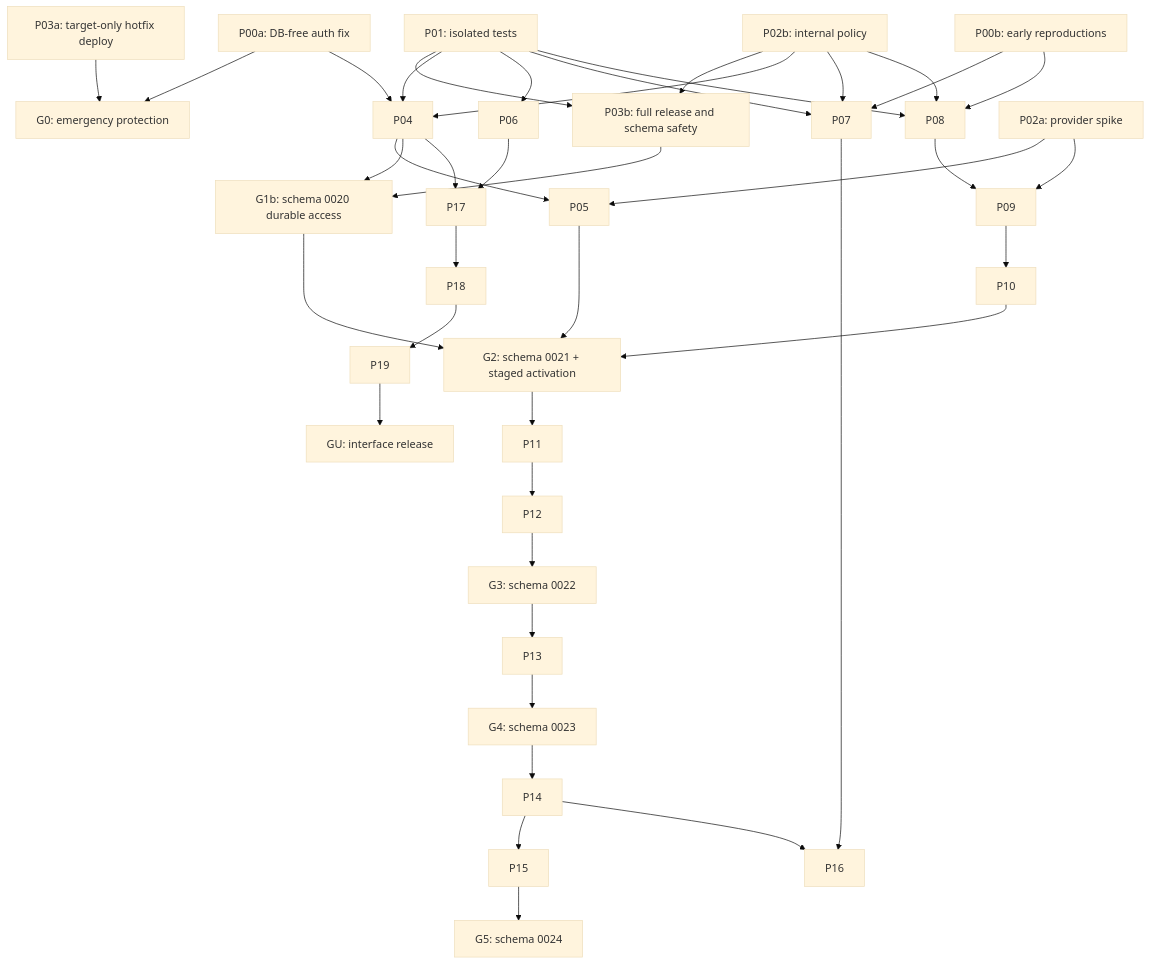
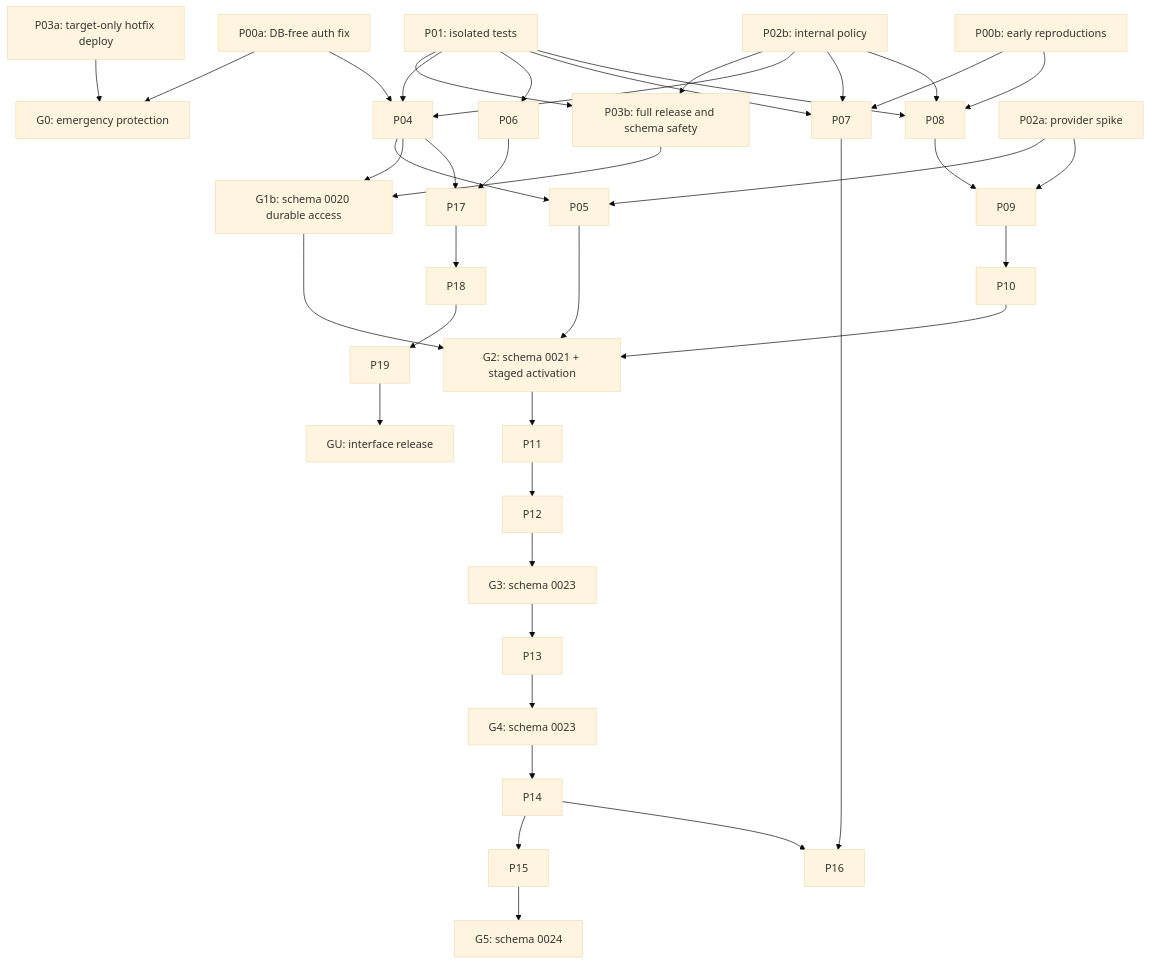
Before and after one commit to Shivani862000/AI-Call-Agent: the diagram in claude-docs/2026-09-08-APPLICATION_GAP_REMEDIATION_PLAN.md, drawn with Mermaid (base theme). The commit also changed other lines of this file and 6 other files, not shown here.

````diff
--- a/claude-docs/2026-09-08-APPLICATION_GAP_REMEDIATION_PLAN.md
+++ b/claude-docs/2026-09-08-APPLICATION_GAP_REMEDIATION_PLAN.md
@@ -150,35 +150,35 @@
 ```mermaid
 flowchart TD
   P00a["P00a: DB-free auth fix"] --> G0["G0: emergency protection"]
   P03a["P03a: target-only hotfix deploy"] --> G0
   P00b["P00b: early reproductions"] --> P07
   P00b --> P08
   P01["P01: isolated tests"] --> P03b["P03b: full release and schema safety"]
   P02b["P02b: internal policy"] --> P03b
   P00a --> P04
   P01 --> P04
   P02b --> P04
   P01 --> P06
   P01 --> P07
   P02b --> P07
   P01 --> P08
   P02b --> P08
   P02a["P02a: provider spike"] --> P05
   P04 --> P05
   P08 --> P09
   P02a --> P09
   P09 --> P10
   P03b --> G1b["G1b: schema 0020 durable access"]
   P04 --> G1b
   G1b --> G2["G2: schema 0021 + staged activation"]
   P05 --> G2
   P10 --> G2
-  G2 --> P11 --> P12 --> G3["G3: schema 0022"]
+  G2 --> P11 --> P12 --> G3["G3: schema 0023"]
   G3 --> P13 --> G4["G4: schema 0023"]
   G4 --> P14 --> P15 --> G5["G5: schema 0024"]
   P14 --> P16
   P07 --> P16
   P04 --> P17
   P06 --> P17
   P17 --> P18 --> P19 --> GU["GU: interface release"]
 ```
````
